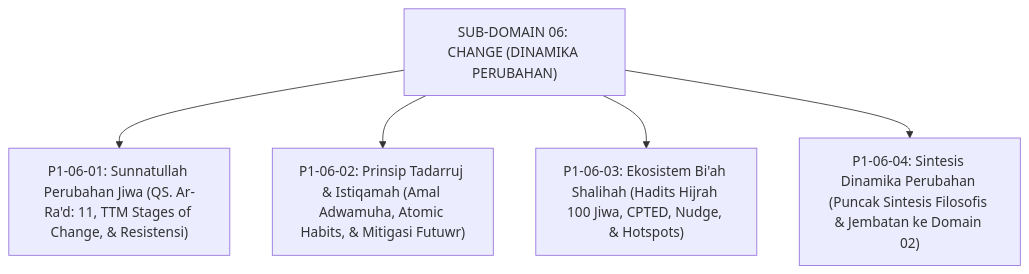
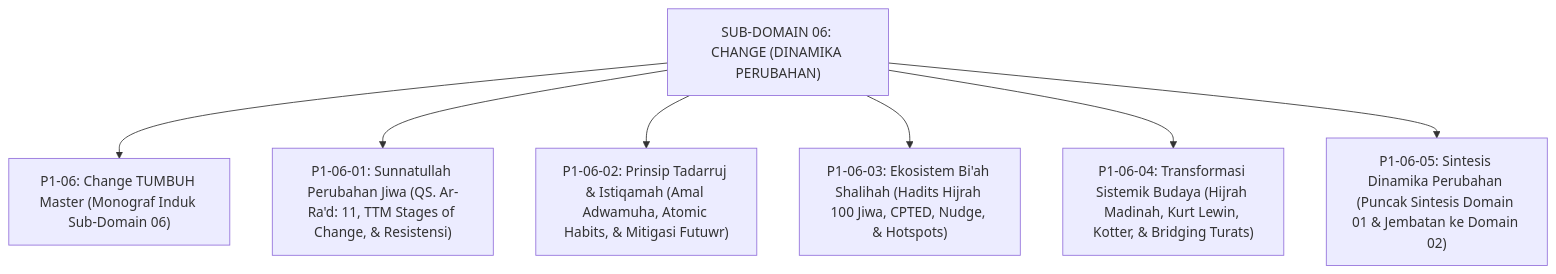
Before and after one commit to wandiapriliyandi/tumbuh: the diagram in 01 Philosophy/06 Change/README.md, drawn with Mermaid. The commit also changed other lines of this file and 31 other files, not shown here.

Commit message:
feat(philosophy): complete 100% comprehensive monographs for Sub-Domain 03, 04, 05, and 06 in 01 Philosophy

````diff
--- a/01 Philosophy/06 Change/README.md
+++ b/01 Philosophy/06 Change/README.md
@@ -14,9 +14,11 @@
 ```mermaid
 graph TD
     Change["SUB-DOMAIN 06: CHANGE (DINAMIKA PERUBAHAN)"]
     
+    Change --> Master["P1-06: Change TUMBUH Master (Monograf Induk Sub-Domain 06)"]
     Change --> M1["P1-06-01: Sunnatullah Perubahan Jiwa (QS. Ar-Ra'd: 11, TTM Stages of Change, & Resistensi)"]
     Change --> M2["P1-06-02: Prinsip Tadarruj & Istiqamah (Amal Adwamuha, Atomic Habits, & Mitigasi Futuwr)"]
     Change --> M3["P1-06-03: Ekosistem Bi'ah Shalihah (Hadits Hijrah 100 Jiwa, CPTED, Nudge, & Hotspots)"]
-    Change --> M4["P1-06-04: Sintesis Dinamika Perubahan (Puncak Sintesis Filosofis & Jembatan ke Domain 02)"]
+    Change --> M4["P1-06-04: Transformasi Sistemik Budaya (Hijrah Madinah, Kurt Lewin, Kotter, & Bridging Turats)"]
+    Change --> M5["P1-06-05: Sintesis Dinamika Perubahan (Puncak Sintesis Domain 01 & Jembatan ke Domain 02)"]
 ```
````
